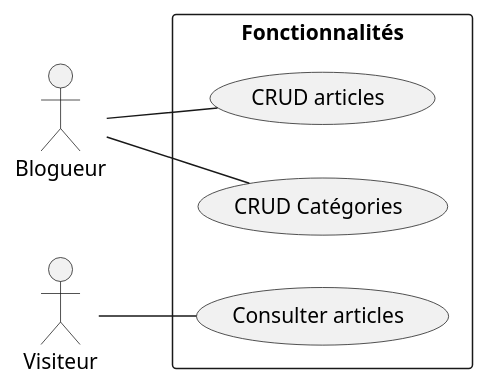
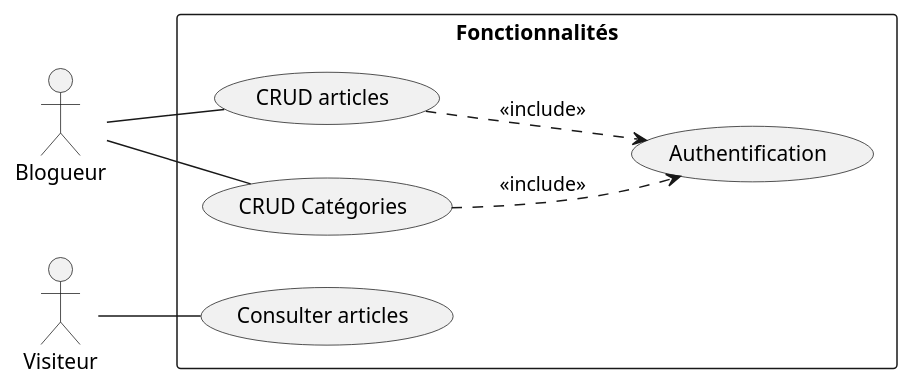
Before and after one commit to samiaBoug/Ma-trise-d-Eloquent-ORM: the diagram in AnalyseFonctionnelle/casUtilisation.puml, drawn with PlantUML.

Commit message:
update the use case

```diff
--- a/AnalyseFonctionnelle/casUtilisation.puml
+++ b/AnalyseFonctionnelle/casUtilisation.puml
@@ -1,22 +1,25 @@
 @startuml
 left to right direction
 actor "Blogueur" as fc
 
 actor "Visiteur" as visiteur
 rectangle "Fonctionnalités" {
   usecase "CRUD articles" as UC1
   usecase "CRUD Catégories" as UC2 
   usecase "Consulter articles" as UC3
-
+usecase "Authentification" as UC4
 
   
 
 }
 fc -- UC1
 visiteur -- UC3
 
 fc -- UC2
 
+   UC2 .-> UC4 : << include >>
+    UC1 .-> UC4 : << include >>
+
 
 
 @enduml
```
